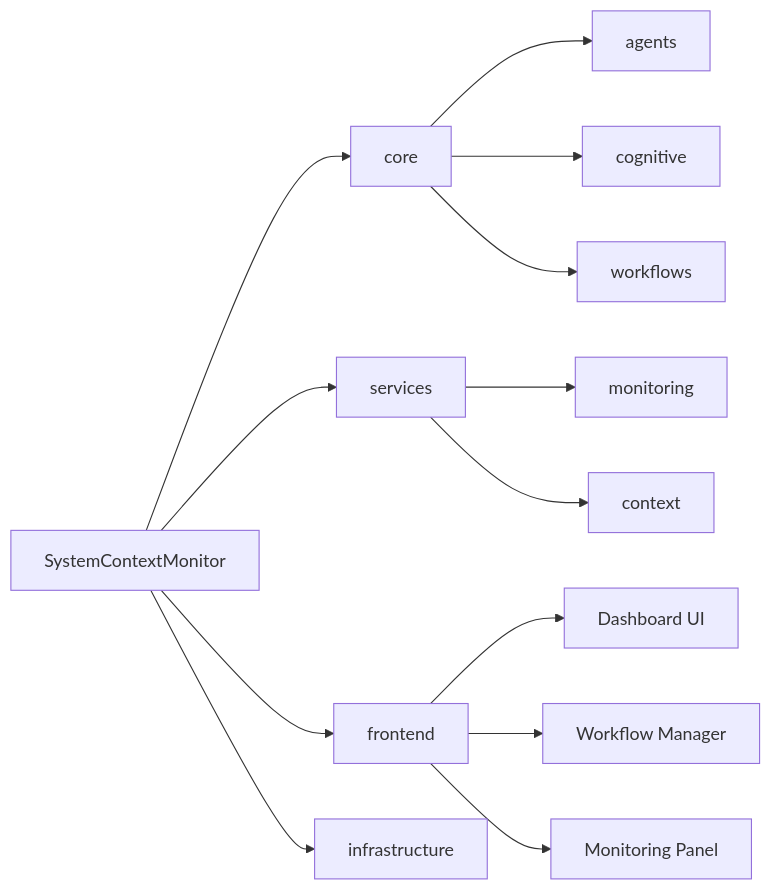
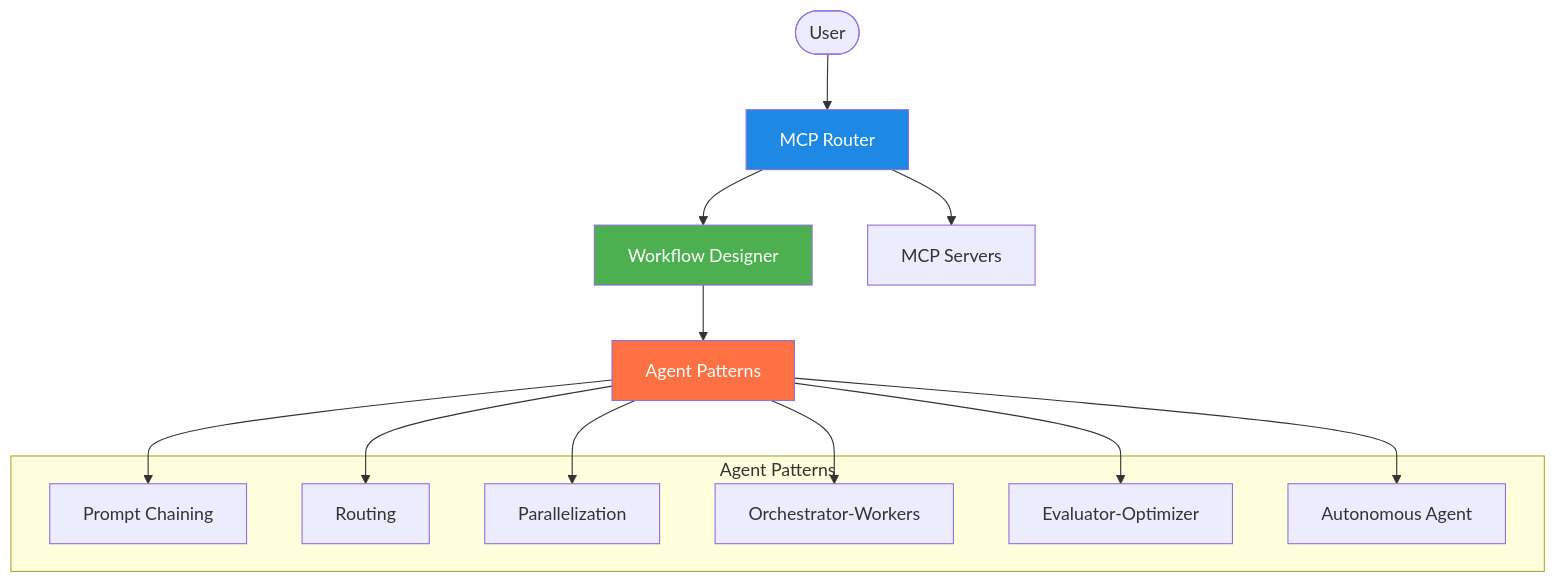
One commit to sparesparrow/mcp-router changed the diagram in README.md. Above: the diagram before and after it, drawn with Mermaid. The commit also changed other lines of this file and 101 other files, not shown here.

First line of the commit message:
Restructure project: Add comprehensive MCP Router project structure with TypeScript, React, and Python backend

````diff
--- a/README.md
+++ b/README.md
@@ -134,19 +9,27 @@
 ```mermaid
-graph LR
-    A[SystemContextMonitor]
-    A --> B[core]
-    A --> C[services]
-    A --> D[frontend]
-    A --> E[infrastructure]
-
-    B --> B1[agents]
-    B --> B2[cognitive]
-    B --> B3[workflows]
-
-    C --> C1[monitoring]
-    C --> C2[context]
-
-    D --> D1[Dashboard UI]
-    D --> D2[Workflow Manager]
-    D --> D3[Monitoring Panel]
+graph TD
+    User([User]) --> Router[MCP Router]
+    Router --> Designer[Workflow Designer]
+    Designer --> AgentPatterns[Agent Patterns]
+    Router --> MCPServers[MCP Servers]
+    
+    subgraph "Agent Patterns"
+        PC[Prompt Chaining]
+        RT[Routing]
+        PR[Parallelization]
+        OW[Orchestrator-Workers]
+        EO[Evaluator-Optimizer]
+        AA[Autonomous Agent]
+    end
+    
+    AgentPatterns --> PC
+    AgentPatterns --> RT
+    AgentPatterns --> PR
+    AgentPatterns --> OW
+    AgentPatterns --> EO
+    AgentPatterns --> AA
+    
+    style Router fill:#1E88E5,color:white
+    style Designer fill:#4CAF50,color:white
+    style AgentPatterns fill:#FF7043,color:white
 ```
````
